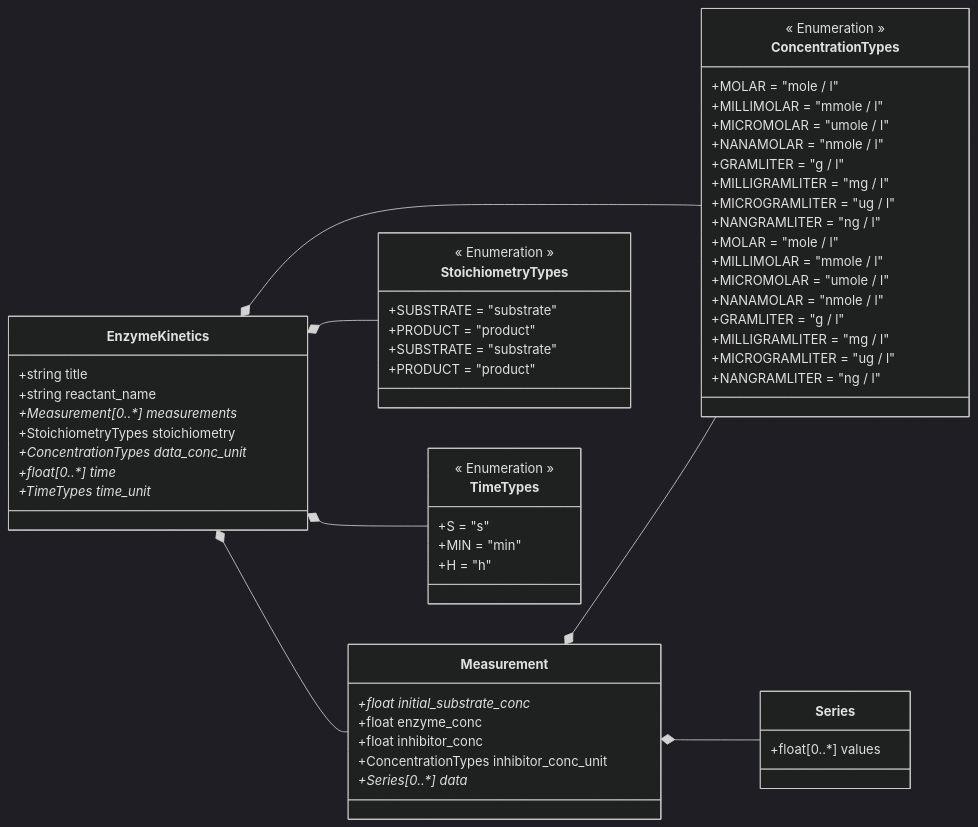
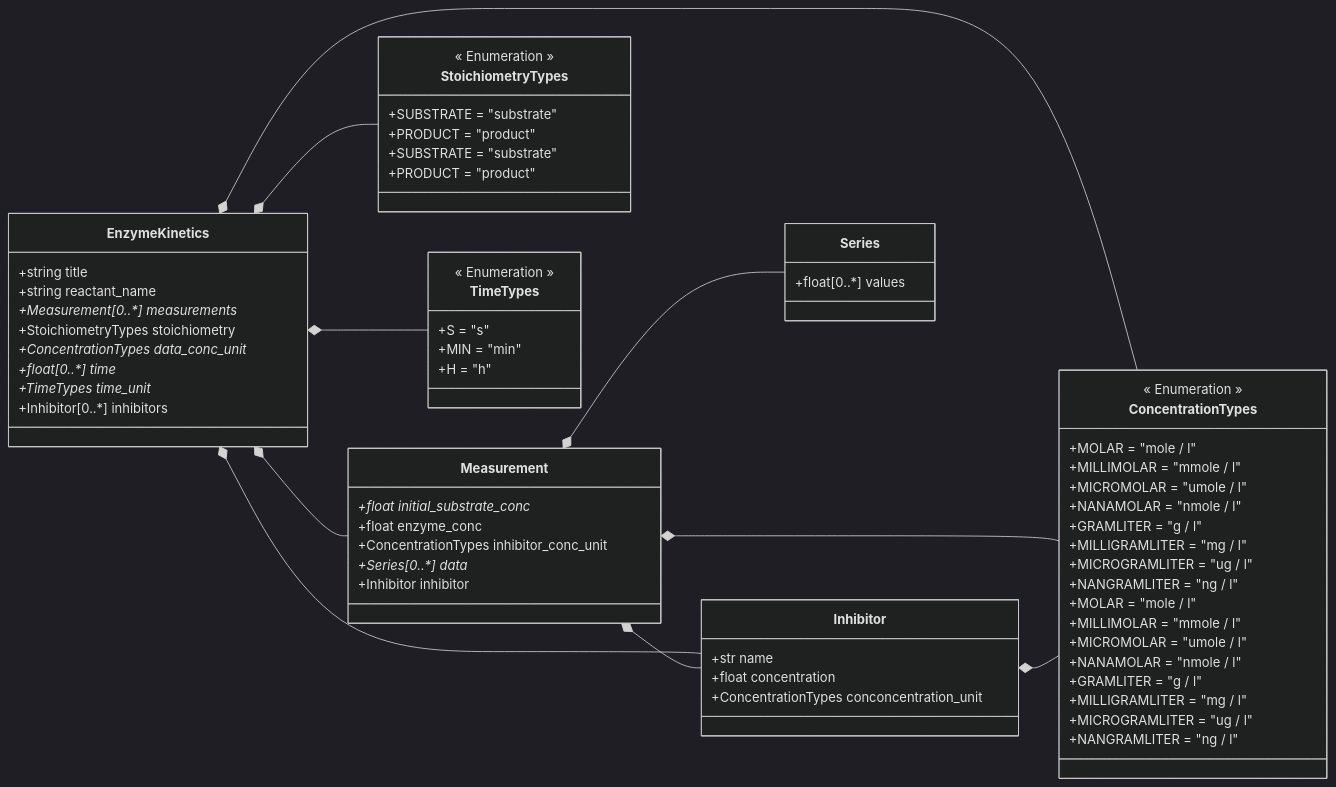
The diagram in EnzymeKinetics/schemes/EnzymeKineticsDatamodel.md (FAIRChemistry/EnzymePynetics), drawn with Mermaid (dark theme) before and after one commit. The commit also changed 6 other files, not shown here.

```diff
--- a/EnzymeKinetics/schemes/EnzymeKineticsDatamodel.md
+++ b/EnzymeKinetics/schemes/EnzymeKineticsDatamodel.md
@@ -5,8 +5,11 @@
     EnzymeKinetics *-- StoichiometryTypes
     EnzymeKinetics *-- ConcentrationTypes
     EnzymeKinetics *-- TimeTypes
+    EnzymeKinetics *-- Inhibitor
     Measurement *-- ConcentrationTypes
     Measurement *-- Series
+    Measurement *-- Inhibitor
+    Inhibitor *-- ConcentrationTypes
     
     class EnzymeKinetics {
         +string title
@@ -16,14 +19,21 @@
         +ConcentrationTypes data_conc_unit*
         +float[0..*] time*
         +TimeTypes time_unit*
+        +Inhibitor[0..*] inhibitors
     }
     
     class Measurement {
         +float initial_substrate_conc*
         +float enzyme_conc
-        +float inhibitor_conc
         +ConcentrationTypes inhibitor_conc_unit
         +Series[0..*] data*
+        +Inhibitor inhibitor
+    }
+    
+    class Inhibitor {
+        +str name
+        +float concentration
+        +ConcentrationTypes conconcentration_unit
     }
     
     class Series {
```
